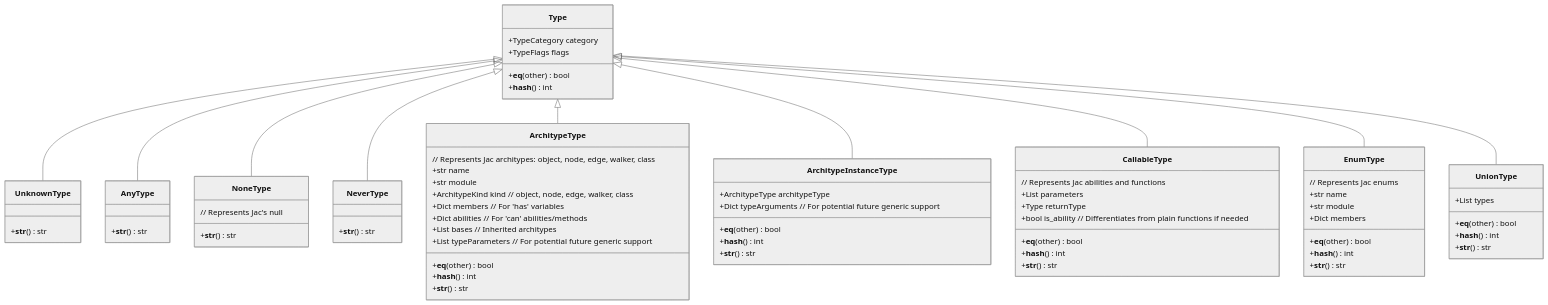
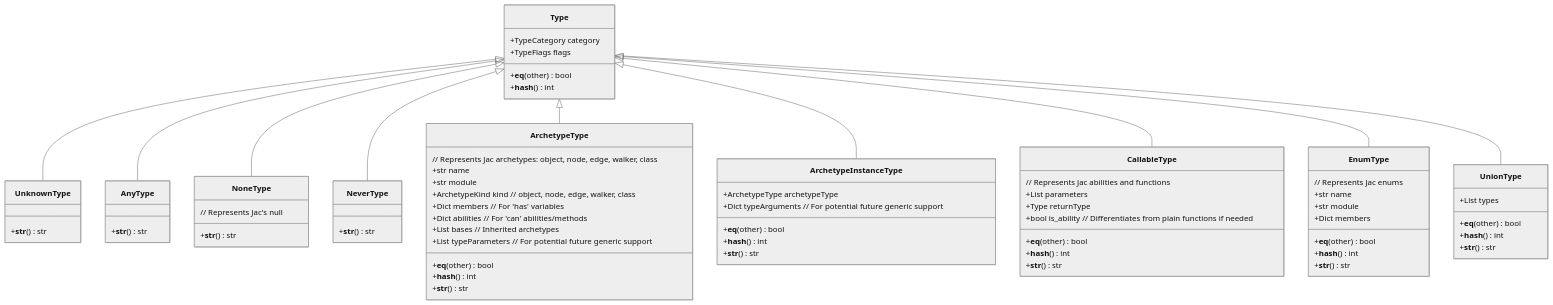
One commit to Jaseci-Labs/jaseci changed the second of 6 diagrams in docs/docs/internals/planning_specs/native_type_system/lets_build.md. Above: the diagram before and after it, drawn with Mermaid (neutral theme). The commit also changed other lines of this file and 85 other files, not shown here.

````diff
--- a/docs/docs/internals/planning_specs/native_type_system/lets_build.md
+++ b/docs/docs/internals/planning_specs/native_type_system/lets_build.md
@@ -112,81 +112,81 @@
 ```mermaid
 classDiagram
     class Type {
         +TypeCategory category
         +TypeFlags flags
         +__eq__(other) bool
         +__hash__() int
     }
 
     class UnknownType {
         +__str__() str
     }
 
     class AnyType {
         +__str__() str
     }
 
     class NoneType { // Represents Jac's null
         +__str__() str
     }
 
     class NeverType {
         +__str__() str
     }
 
-    class ArchitypeType { // Represents Jac architypes: object, node, edge, walker, class
+    class ArchetypeType { // Represents Jac archetypes: object, node, edge, walker, class
         +str name
         +str module
-        +ArchitypeKind kind // object, node, edge, walker, class
+        +ArchetypeKind kind // object, node, edge, walker, class
         +Dict members // For 'has' variables
         +Dict abilities // For 'can' abilities/methods
-        +List bases // Inherited architypes
+        +List bases // Inherited archetypes
         +List typeParameters // For potential future generic support
         +__eq__(other) bool
         +__hash__() int
         +__str__() str
     }
 
-    class ArchitypeInstanceType {
-        +ArchitypeType architypeType
+    class ArchetypeInstanceType {
+        +ArchetypeType archetypeType
         +Dict typeArguments // For potential future generic support
         +__eq__(other) bool
         +__hash__() int
         +__str__() str
     }
 
     class CallableType { // Represents Jac abilities and functions
         +List parameters
         +Type returnType
         +bool is_ability // Differentiates from plain functions if needed
         +__eq__(other) bool
         +__hash__() int
         +__str__() str
     }
 
     class EnumType { // Represents Jac enums
         +str name
         +str module
         +Dict members
         +__eq__(other) bool
         +__hash__() int
         +__str__() str
     }
 
     class UnionType {
         +List types
         +__eq__(other) bool
         +__hash__() int
         +__str__() str
     }
 
     Type <|-- UnknownType
     Type <|-- AnyType
     Type <|-- NoneType
     Type <|-- NeverType
-    Type <|-- ArchitypeType
-    Type <|-- ArchitypeInstanceType
+    Type <|-- ArchetypeType
+    Type <|-- ArchetypeInstanceType
     Type <|-- CallableType
     Type <|-- EnumType
     Type <|-- UnionType
 ```
````
